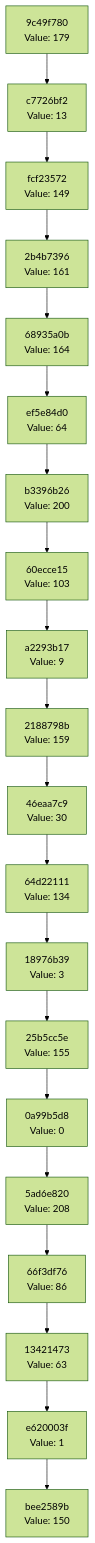
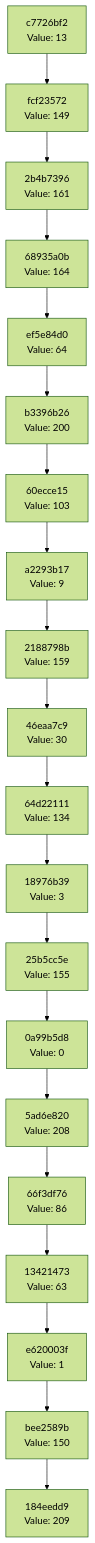
The diagram in docs/CHAIN_VISUALIZATION.md (Abhisheksinha1506/hash-chain-evolver), drawn with Mermaid (forest theme) before and after one commit. The commit also changed 2 other files, not shown here.

Commit message:
Evolution Step

````diff
--- a/docs/CHAIN_VISUALIZATION.md
+++ b/docs/CHAIN_VISUALIZATION.md
@@ -3,42 +3,42 @@
 ```mermaid
 graph TD
-    C0["bee2589b<br/>Value: 150"]
-    C1["e620003f<br/>Value: 1"]
+    C0["184eedd9<br/>Value: 209"]
+    C1["bee2589b<br/>Value: 150"]
     C1 --> C0
-    C2["13421473<br/>Value: 63"]
+    C2["e620003f<br/>Value: 1"]
     C2 --> C1
-    C3["66f3df76<br/>Value: 86"]
+    C3["13421473<br/>Value: 63"]
     C3 --> C2
-    C4["5ad6e820<br/>Value: 208"]
+    C4["66f3df76<br/>Value: 86"]
     C4 --> C3
-    C5["0a99b5d8<br/>Value: 0"]
+    C5["5ad6e820<br/>Value: 208"]
     C5 --> C4
-    C6["25b5cc5e<br/>Value: 155"]
+    C6["0a99b5d8<br/>Value: 0"]
     C6 --> C5
-    C7["18976b39<br/>Value: 3"]
+    C7["25b5cc5e<br/>Value: 155"]
     C7 --> C6
-    C8["64d22111<br/>Value: 134"]
+    C8["18976b39<br/>Value: 3"]
     C8 --> C7
-    C9["46eaa7c9<br/>Value: 30"]
+    C9["64d22111<br/>Value: 134"]
     C9 --> C8
-    C10["2188798b<br/>Value: 159"]
+    C10["46eaa7c9<br/>Value: 30"]
     C10 --> C9
-    C11["a2293b17<br/>Value: 9"]
+    C11["2188798b<br/>Value: 159"]
     C11 --> C10
-    C12["60ecce15<br/>Value: 103"]
+    C12["a2293b17<br/>Value: 9"]
     C12 --> C11
-    C13["b3396b26<br/>Value: 200"]
+    C13["60ecce15<br/>Value: 103"]
     C13 --> C12
-    C14["ef5e84d0<br/>Value: 64"]
+    C14["b3396b26<br/>Value: 200"]
     C14 --> C13
-    C15["68935a0b<br/>Value: 164"]
+    C15["ef5e84d0<br/>Value: 64"]
     C15 --> C14
-    C16["2b4b7396<br/>Value: 161"]
+    C16["68935a0b<br/>Value: 164"]
     C16 --> C15
-    C17["fcf23572<br/>Value: 149"]
+    C17["2b4b7396<br/>Value: 161"]
     C17 --> C16
-    C18["c7726bf2<br/>Value: 13"]
+    C18["fcf23572<br/>Value: 149"]
     C18 --> C17
-    C19["9c49f780<br/>Value: 179"]
+    C19["c7726bf2<br/>Value: 13"]
     C19 --> C18
 ```
````
